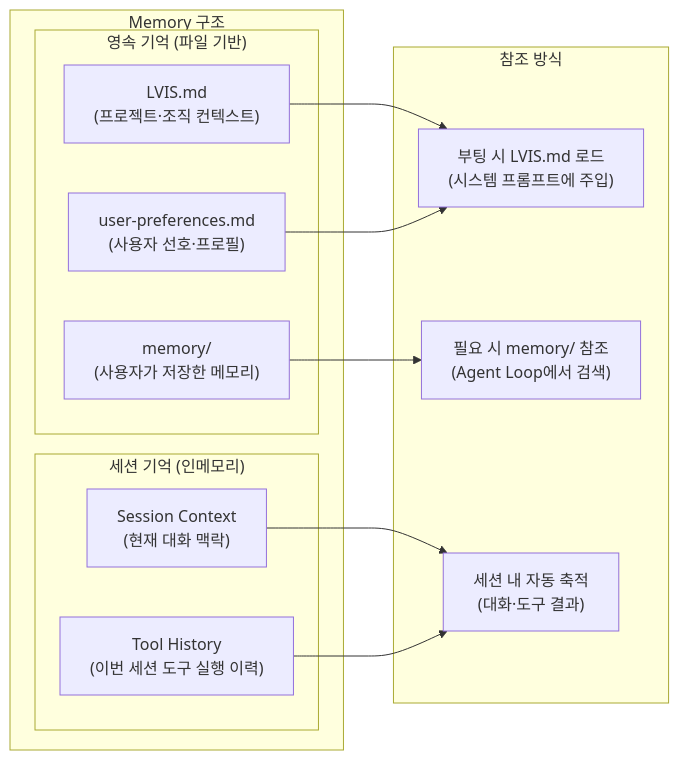
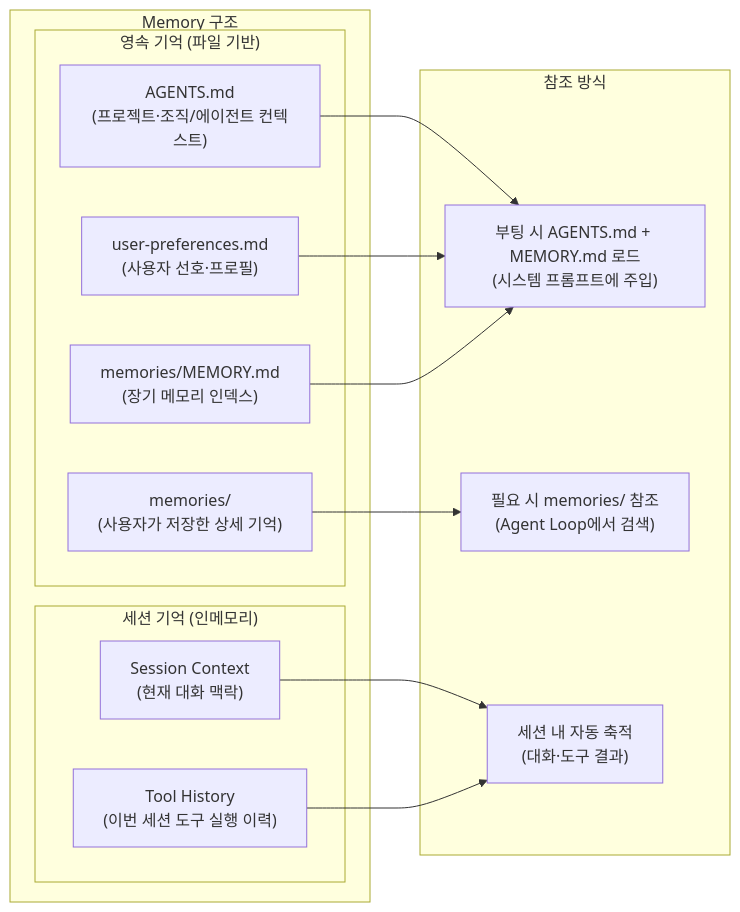
One commit to lvis-project/lvis-app changed diagram 16 of 44 in docs/architecture/architecture.md. Above: the diagram before and after it, drawn with Mermaid. The commit also changed other lines of this file and 48 other files, not shown here.

First line of the commit message:
Align LVIS agent and skill runtime structure (#655)

````diff
--- a/docs/architecture/architecture.md
+++ b/docs/architecture/architecture.md
@@ -1242,27 +1243,29 @@
 ```mermaid
 graph LR
     subgraph "Memory 구조"
         subgraph "영속 기억 (파일 기반)"
-            LVIS_MD["LVIS.md<br/>(프로젝트·조직 컨텍스트)"]
+            AGENTS_MD["AGENTS.md<br/>(프로젝트·조직/에이전트 컨텍스트)"]
             USER_MD["user-preferences.md<br/>(사용자 선호·프로필)"]
-            NOTES_DIR["memory/<br/>(사용자가 저장한 메모리)"]
+            MEMORY_INDEX["memories/MEMORY.md<br/>(장기 메모리 인덱스)"]
+            MEMORIES_DIR["memories/<br/>(사용자가 저장한 상세 기억)"]
         end
 
         subgraph "세션 기억 (인메모리)"
             SESSION_CTX["Session Context<br/>(현재 대화 맥락)"]
             TOOL_HISTORY["Tool History<br/>(이번 세션 도구 실행 이력)"]
         end
     end
 
     subgraph "참조 방식"
-        BOOT_LOAD["부팅 시 LVIS.md 로드<br/>(시스템 프롬프트에 주입)"]
-        ON_DEMAND["필요 시 memory/ 참조<br/>(Agent Loop에서 검색)"]
+        BOOT_LOAD["부팅 시 AGENTS.md + MEMORY.md 로드<br/>(시스템 프롬프트에 주입)"]
+        ON_DEMAND["필요 시 memories/ 참조<br/>(Agent Loop에서 검색)"]
         SESSION_AUTO["세션 내 자동 축적<br/>(대화·도구 결과)"]
     end
 
-    LVIS_MD --> BOOT_LOAD
+    AGENTS_MD --> BOOT_LOAD
     USER_MD --> BOOT_LOAD
-    NOTES_DIR --> ON_DEMAND
+    MEMORY_INDEX --> BOOT_LOAD
+    MEMORIES_DIR --> ON_DEMAND
     SESSION_CTX --> SESSION_AUTO
     TOOL_HISTORY --> SESSION_AUTO
 ```
````
